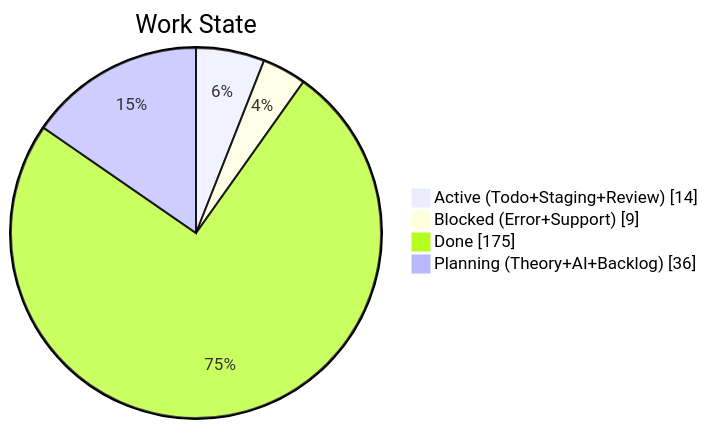
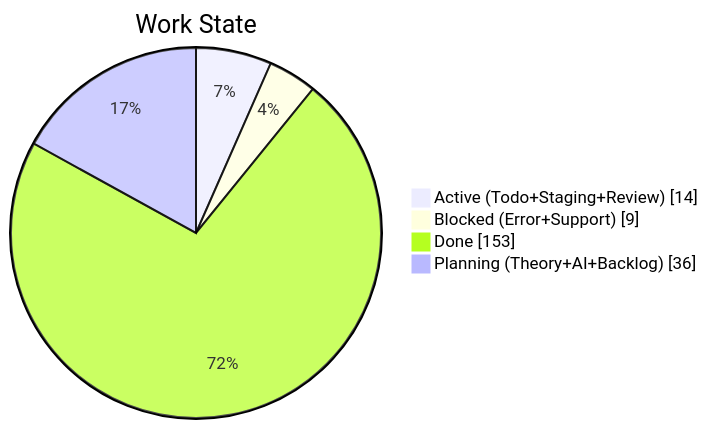
The second of 4 diagrams in apps/kbve/astro-kbve/src/content/docs/dashboard/kanban-data.mdx (KBVE/kbve), drawn with Mermaid before and after one commit. The commit also changed other lines of this file and 5 other files, not shown here.

````diff
--- a/apps/kbve/astro-kbve/src/content/docs/dashboard/kanban-data.mdx
+++ b/apps/kbve/astro-kbve/src/content/docs/dashboard/kanban-data.mdx
@@ -68,8 +68,8 @@
 ```mermaid
 pie showData
     title Work State
     "Active (Todo+Staging+Review)" : 14
     "Blocked (Error+Support)" : 9
-    "Done" : 175
+    "Done" : 153
     "Planning (Theory+AI+Backlog)" : 36
 ```
````
